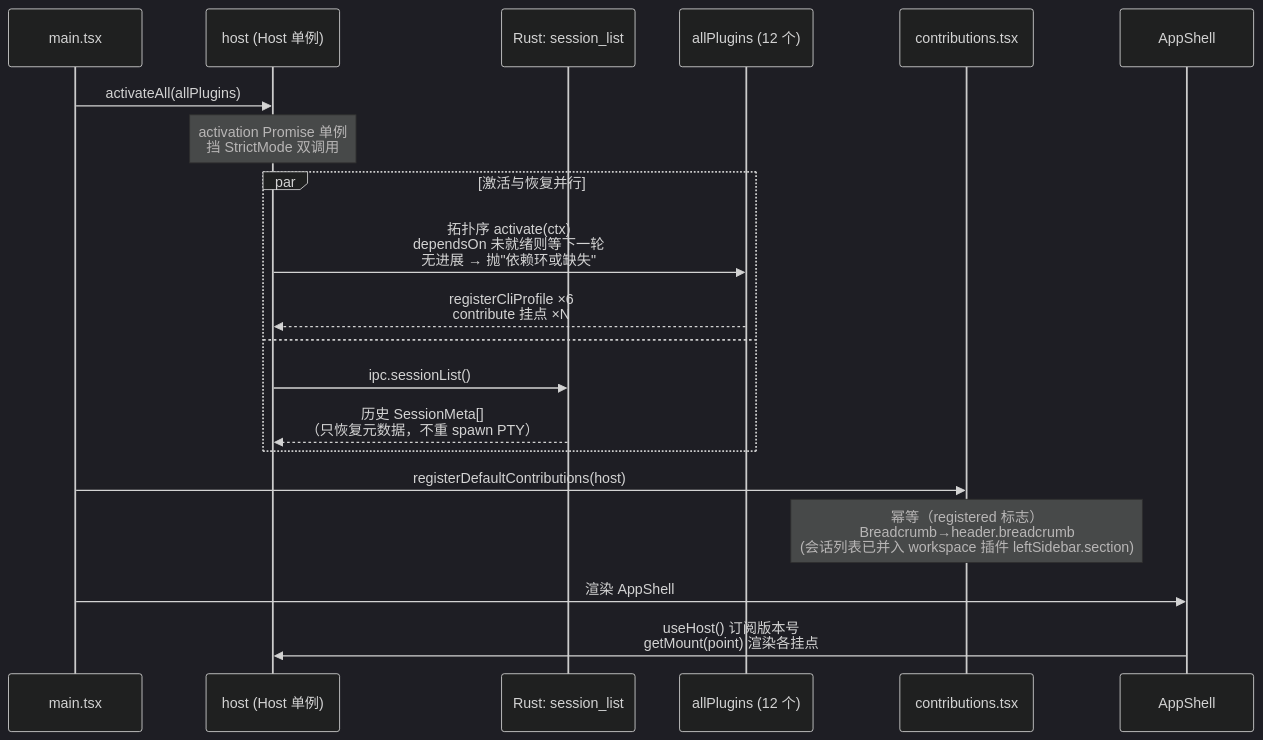
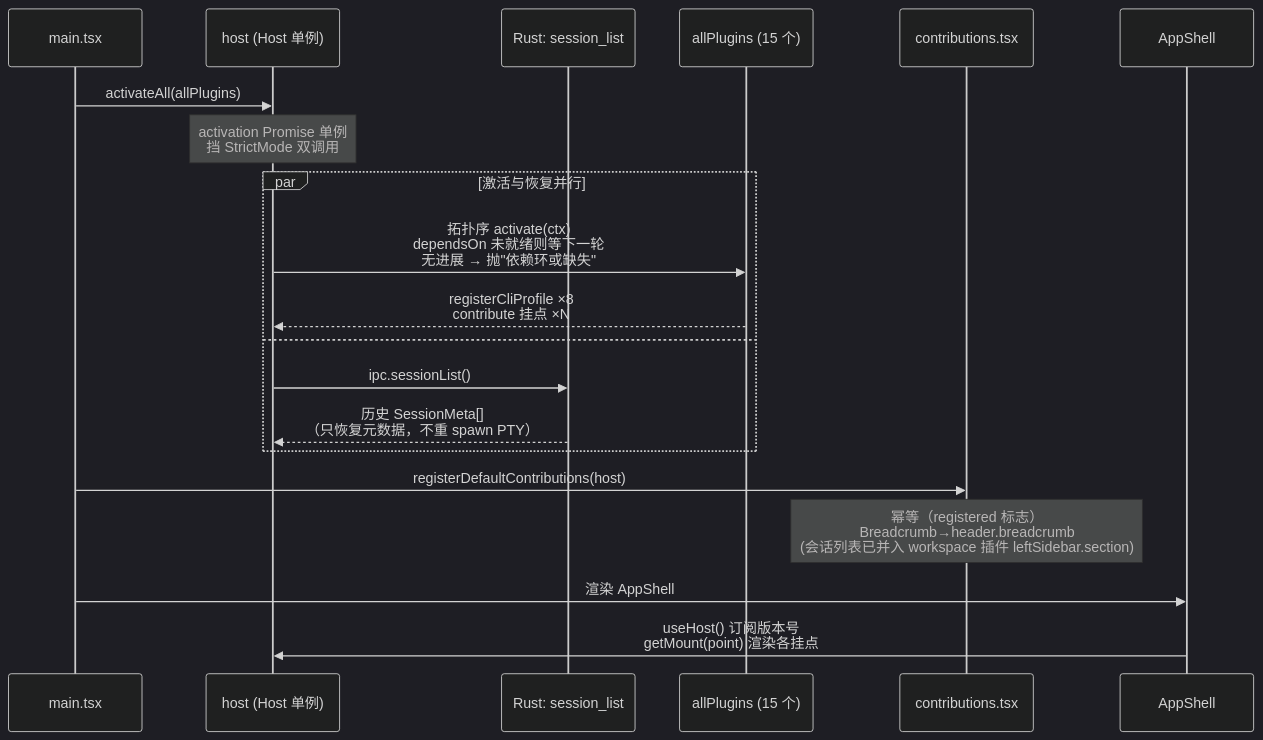
One commit to chenxiangning/tmd-cli changed the second of 8 diagrams in docs/architecture/02-code-architecture.md. Above: the diagram before and after it, drawn with Mermaid (dark theme). The commit also changed other lines of this file and 11 other files, not shown here.

````diff
--- a/docs/architecture/02-code-architecture.md
+++ b/docs/architecture/02-code-architecture.md
@@ -99,23 +102,23 @@
 ```mermaid
 sequenceDiagram
     participant M as main.tsx
     participant H as host (Host 单例)
     participant R as Rust: session_list
-    participant P as allPlugins (12 个)
+    participant P as allPlugins (15 个)
     participant C as contributions.tsx
     participant A as AppShell
 
     M->>H: activateAll(allPlugins)
     Note over H: activation Promise 单例<br/>挡 StrictMode 双调用
     par 激活与恢复并行
         H->>P: 拓扑序 activate(ctx)<br/>dependsOn 未就绪则等下一轮<br/>无进展 → 抛"依赖环或缺失"
-        P-->>H: registerCliProfile ×6<br/>contribute 挂点 ×N
+        P-->>H: registerCliProfile ×8<br/>contribute 挂点 ×N
     and
         H->>R: ipc.sessionList()
         R-->>H: 历史 SessionMeta[]<br/>（只恢复元数据，不重 spawn PTY）
     end
     M->>C: registerDefaultContributions(host)
     Note over C: 幂等（registered 标志）<br/>Breadcrumb→header.breadcrumb<br/>(会话列表已并入 workspace 插件 leftSidebar.section)
     M->>A: 渲染 AppShell
     A->>H: useHost() 订阅版本号<br/>getMount(point) 渲染各挂点
 ```
````
